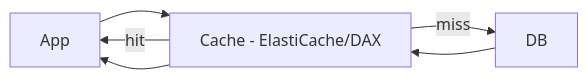
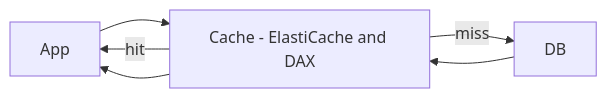
The first of 2 diagrams in aws-saa/week03-domain03-high-performing-architectures/day04/01-theory.md (niceguy61/aws-saa-lecture-2026), drawn with Mermaid before and after one commit. The commit also changed other lines of this file and 9 other files, not shown here.

Commit message:
Normalize mermaid labels to avoid special-char parse issues

````diff
--- a/aws-saa/week03-domain03-high-performing-architectures/day04/01-theory.md
+++ b/aws-saa/week03-domain03-high-performing-architectures/day04/01-theory.md
@@ -21,7 +21,7 @@
 ```mermaid
 flowchart LR
-  App[App] --> Cache[Cache - ElastiCache/DAX]
+  App[App] --> Cache[Cache - ElastiCache and DAX]
   Cache -->|hit| App
   Cache -->|miss| DB[DB]
   DB --> Cache --> App
 ```
````
